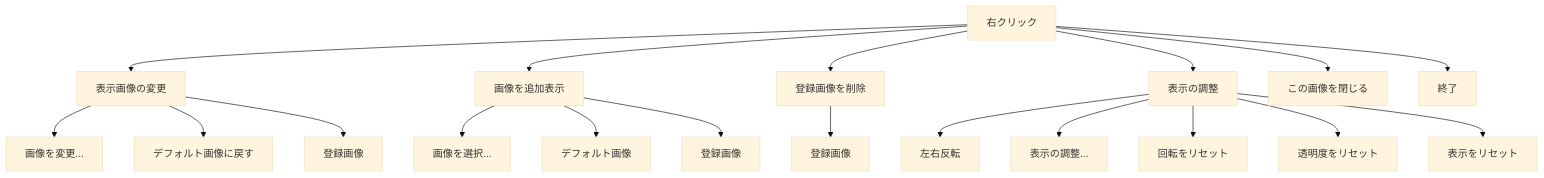
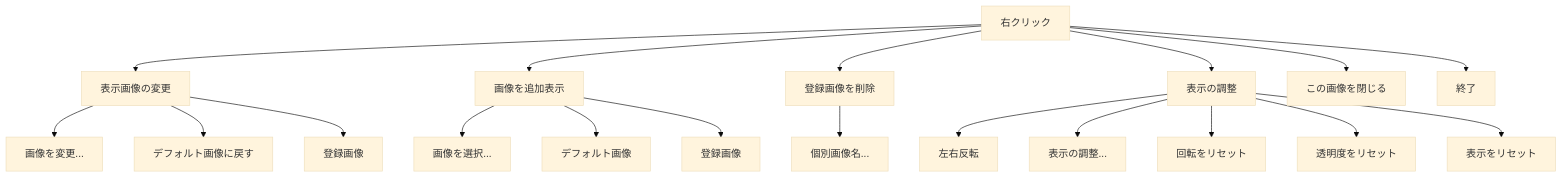
Before and after one commit to shiroemons/sobani: the third of 4 diagrams in docs/guide/usage.md, drawn with Mermaid (base theme). The commit also changed other lines of this file and 3 other files, not shown here.

````diff
--- a/docs/guide/usage.md
+++ b/docs/guide/usage.md
@@ -85,25 +84,25 @@
 ```mermaid
 flowchart TD
     RC[右クリック] --> CHANGE[表示画像の変更]
     CHANGE --> CHANGE_FILE[画像を変更...]
     CHANGE --> CHANGE_DEFAULT["デフォルト画像に戻す"]
     CHANGE --> CHANGE_REG["登録画像"]
 
     RC --> ADD[画像を追加表示]
     ADD --> ADD_FILE["画像を選択..."]
     ADD --> ADD_DEFAULT["デフォルト画像"]
     ADD --> ADD_REG["登録画像"]
 
     RC --> DELETE[登録画像を削除]
-    DELETE --> DELETE_REG["登録画像"]
+    DELETE --> DELETE_REG["個別画像名..."]
 
     RC --> VIEW[表示の調整]
     VIEW --> FLIP[左右反転]
     VIEW --> PANEL["表示の調整..."]
     VIEW --> RESET_ROT[回転をリセット]
     VIEW --> RESET_OPA[透明度をリセット]
     VIEW --> RESET_ALL[表示をリセット]
 
     RC --> CLOSE[この画像を閉じる]
     RC --> QUIT[終了]
 ```
````
